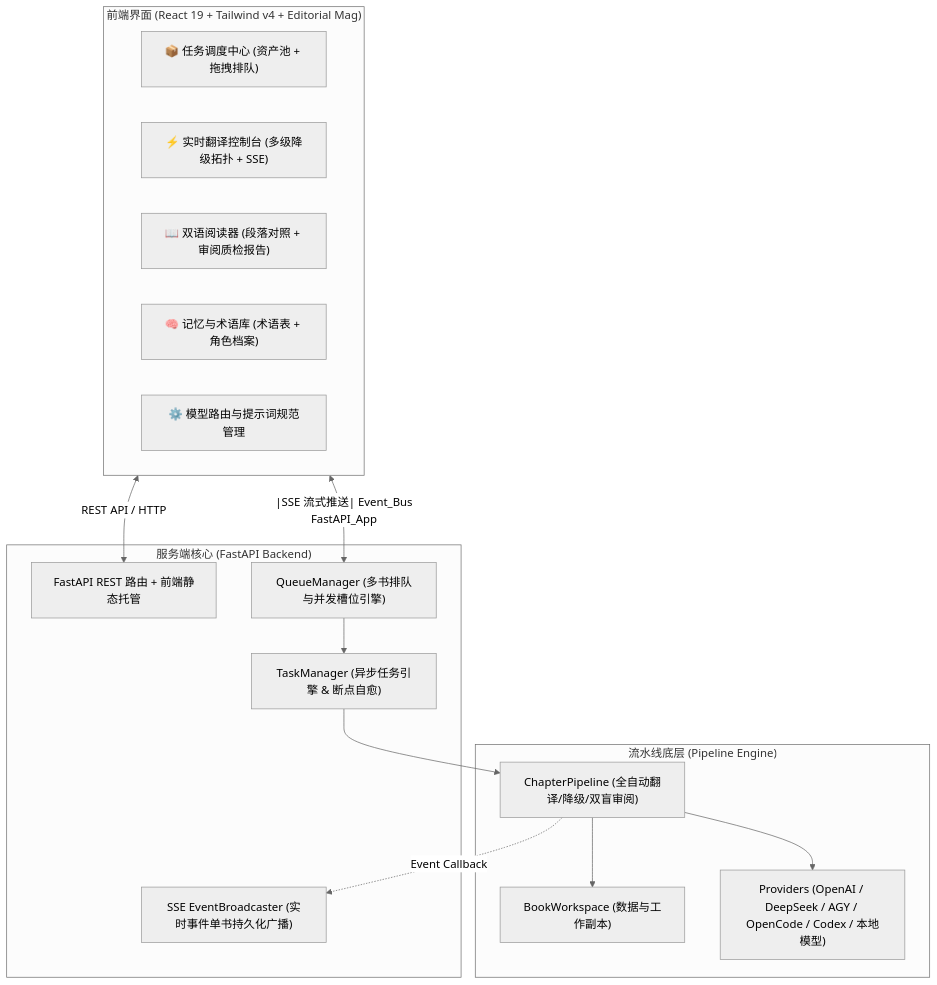
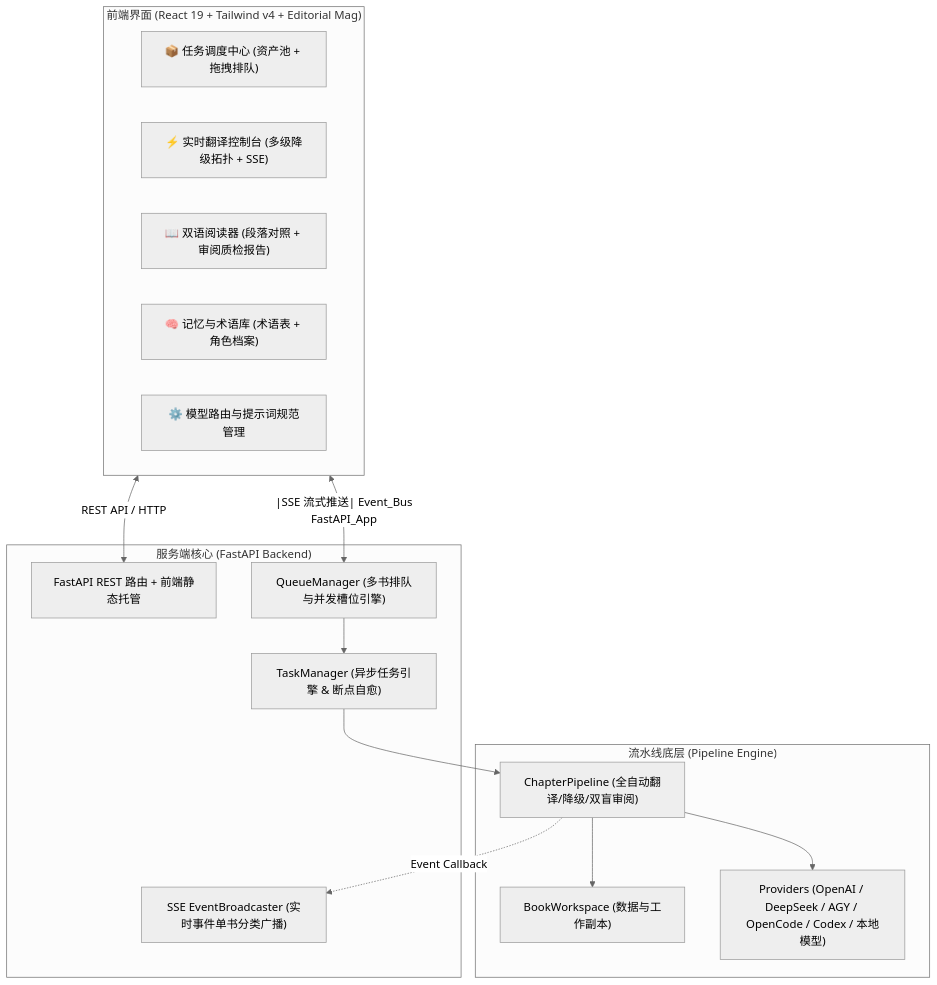
One commit to bread22/novel-translator-pipeline changed the diagram in docs/web-studio-prd.md. Above: the diagram before and after it, drawn with Mermaid (neutral theme). The commit also changed other lines of this file and 27 other files, not shown here.

````diff
--- a/docs/web-studio-prd.md
+++ b/docs/web-studio-prd.md
@@ -31,32 +31,32 @@
 ```mermaid
 graph TD
     subgraph Client ["前端界面 (React 19 + Tailwind v4 + Editorial Mag)"]
         UI_Queue["📦 任务调度中心 (资产池 + 拖拽排队)"]
         UI_Studio["⚡ 实时翻译控制台 (多级降级拓扑 + SSE)"]
         UI_Reader["📖 双语阅读器 (段落对照 + 审阅质检报告)"]
         UI_Memory["🧠 记忆与术语库 (术语表 + 角色档案)"]
         UI_Settings["⚙️ 模型路由与提示词规范管理"]
     end
 
     subgraph Server ["服务端核心 (FastAPI Backend)"]
         FastAPI_App["FastAPI REST 路由 + 前端静态托管"]
         Queue_Manager["QueueManager (多书排队与并发槽位引擎)"]
         Task_Manager["TaskManager (异步任务引擎 & 断点自愈)"]
-        Event_Bus["SSE EventBroadcaster (实时事件单书持久化广播)"]
+        Event_Bus["SSE EventBroadcaster (实时事件单书分类广播)"]
     end
 
     subgraph Core_Engine ["流水线底层 (Pipeline Engine)"]
         Workspace["BookWorkspace (数据与工作副本)"]
         Pipeline_Core["ChapterPipeline (全自动翻译/降级/双盲审阅)"]
         Providers_Layer["Providers (OpenAI / DeepSeek / AGY / OpenCode / Codex / 本地模型)"]
     end
 
     Client <-->|REST API / HTTP| FastAPI_App
     Client <--|SSE 流式推送| Event_Bus
     FastAPI_App --> Queue_Manager
     Queue_Manager --> Task_Manager
     Task_Manager --> Pipeline_Core
     Pipeline_Core --> Workspace
     Pipeline_Core --> Providers_Layer
     Pipeline_Core -.->|Event Callback| Event_Bus
 ```
````
